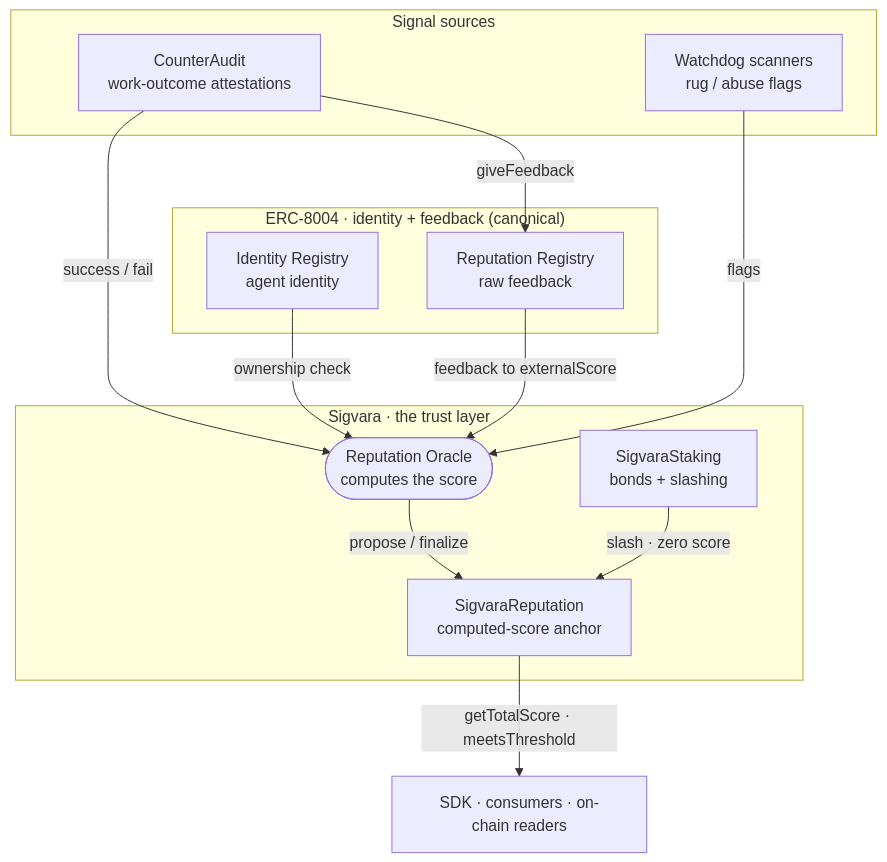
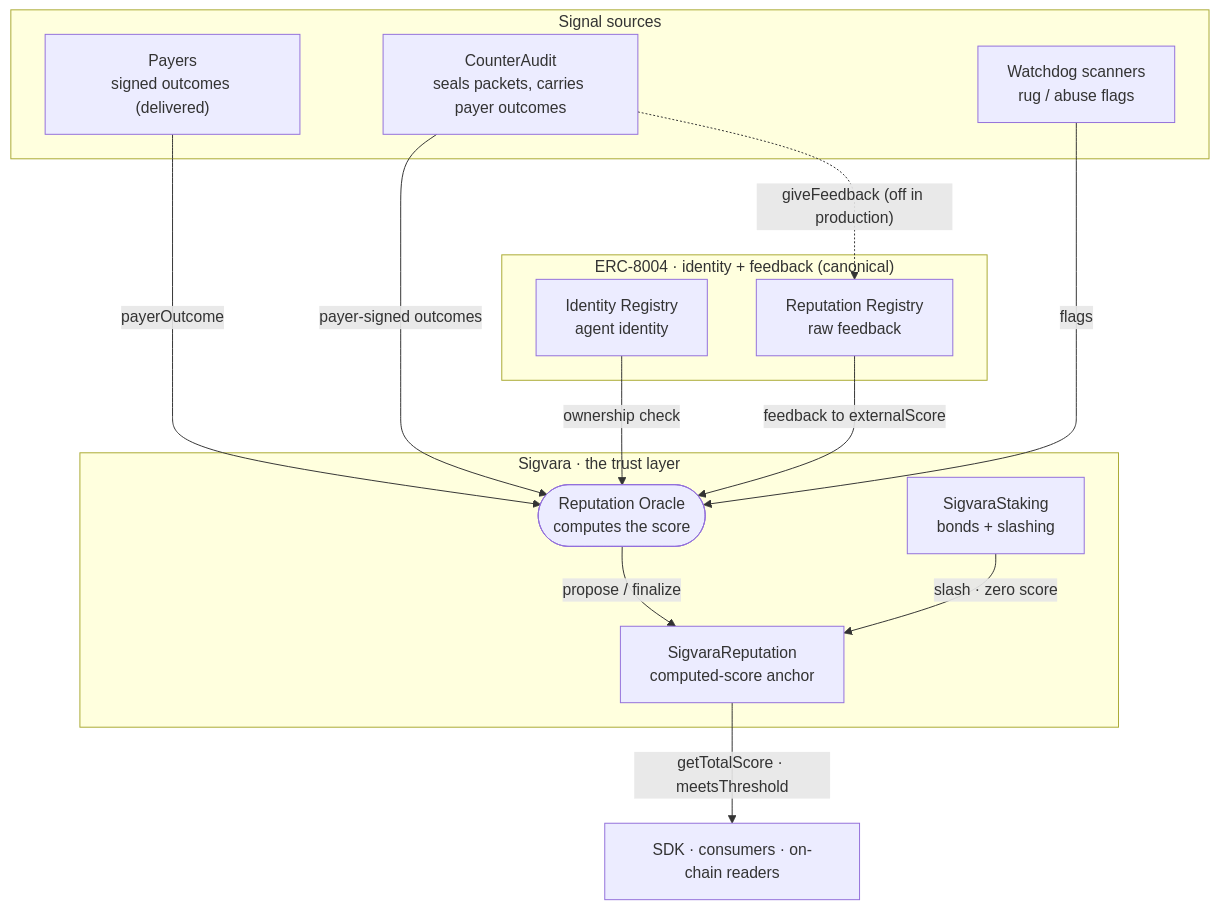
The first of 6 diagrams in README.md (RunTimeAdmin/Sigvara), drawn with Mermaid before and after one commit. The commit also changed other lines of this file and 15 other files, not shown here.

````diff
--- a/README.md
+++ b/README.md
@@ -117,29 +117,31 @@
 ```mermaid
 graph TB
     subgraph sources["Signal sources"]
-        CA["CounterAudit<br/>work-outcome attestations"]
+        PY["Payers<br/>signed outcomes (delivered)"]
+        CA["CounterAudit<br/>seals packets, carries payer outcomes"]
         WD["Watchdog scanners<br/>rug / abuse flags"]
     end
 
     subgraph erc8004["ERC-8004 · identity + feedback (canonical)"]
         EID["Identity Registry<br/>agent identity"]
         EREP["Reputation Registry<br/>raw feedback"]
     end
 
     subgraph sigvara["Sigvara · the trust layer"]
         OR(["Reputation Oracle<br/>computes the score"])
         REP["SigvaraReputation<br/>computed-score anchor"]
         ST["SigvaraStaking<br/>bonds + slashing"]
     end
 
     CONS["SDK · consumers · on-chain readers"]
 
-    CA -->|"success / fail"| OR
+    PY -->|"payerOutcome"| OR
+    CA -->|"payer-signed outcomes"| OR
     WD -->|"flags"| OR
     EID -->|"ownership check"| OR
     EREP -->|"feedback to externalScore"| OR
     OR -->|"propose / finalize"| REP
     ST -->|"slash · zero score"| REP
-    CA -->|"giveFeedback"| EREP
+    CA -.->|"giveFeedback (off in production)"| EREP
     REP -->|"getTotalScore · meetsThreshold"| CONS
 ```
````
